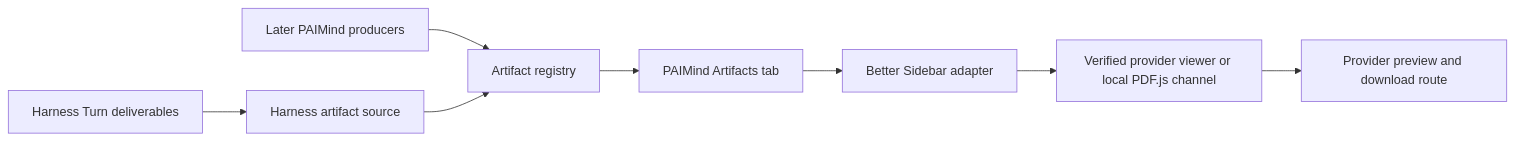
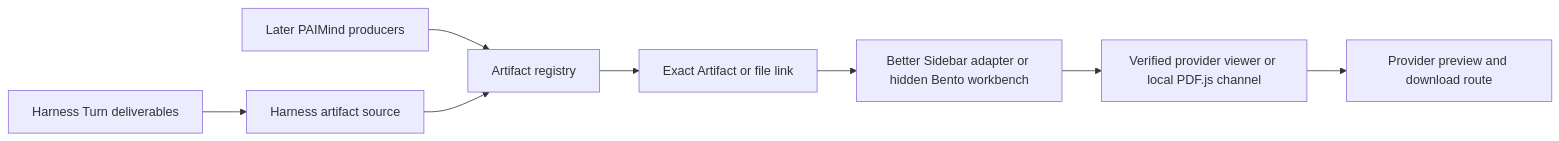
One commit to Hanyan179/paimind-harness-plugins changed the diagram in docs/plans/FP-06-artifact-preview.md. Above: the diagram before and after it, drawn with Mermaid. The commit also changed other lines of this file and 290 other files, not shown here.

````diff
--- a/docs/plans/FP-06-artifact-preview.md
+++ b/docs/plans/FP-06-artifact-preview.md
@@ -55,10 +55,10 @@
 ```mermaid
 flowchart LR
     H["Harness Turn deliverables"] --> S["Harness artifact source"]
     P["Later PAIMind producers"] --> R["Artifact registry"]
     S --> R
-    R --> T["PAIMind Artifacts tab"]
-    T --> A["Better Sidebar adapter"]
+    R --> T["Exact Artifact or file link"]
+    T --> A["Better Sidebar adapter or hidden Bento workbench"]
     A --> V["Verified provider viewer or local PDF.js channel"]
     V --> D["Provider preview and download route"]
 ```
````
